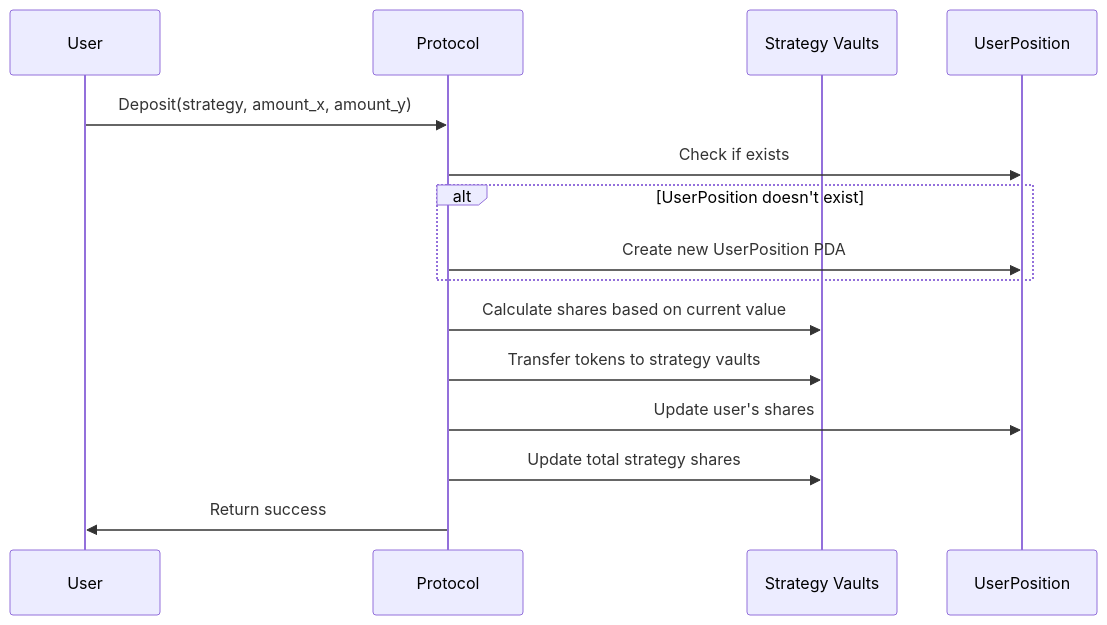
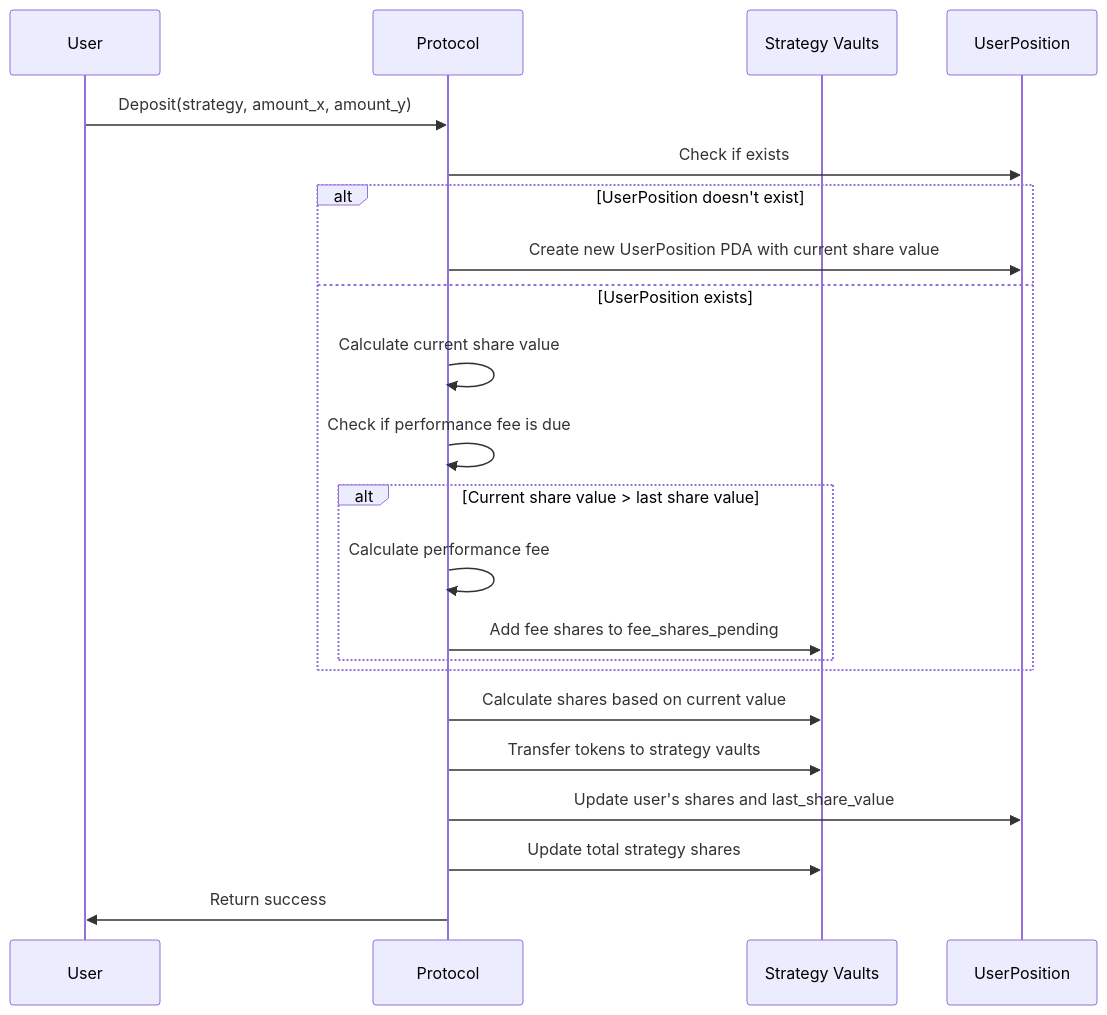
Before and after one commit to zenith-trade/maiker-contracts: the third of 8 diagrams in docs/DIAGRAMS.md, drawn with Mermaid. The commit also changed other lines of this file and 26 other files, not shown here.

````diff
--- a/docs/DIAGRAMS.md
+++ b/docs/DIAGRAMS.md
@@ -66,17 +50,24 @@
 ```mermaid
 sequenceDiagram
 participant User
 participant Protocol
 participant Strategy as Strategy Vaults
 participant UserPosition
 User->>Protocol: Deposit(strategy, amount_x, amount_y)
 Protocol->>UserPosition: Check if exists
 alt UserPosition doesn't exist
-Protocol->>UserPosition: Create new UserPosition PDA
+Protocol->>UserPosition: Create new UserPosition PDA with current share value
+else UserPosition exists
+Protocol->>Protocol: Calculate current share value
+Protocol->>Protocol: Check if performance fee is due
+alt Current share value > last share value
+Protocol->>Protocol: Calculate performance fee
+Protocol->>Strategy: Add fee shares to fee_shares_pending
+end
 end
 Protocol->>Strategy: Calculate shares based on current value
 Protocol->>Strategy: Transfer tokens to strategy vaults
-Protocol->>UserPosition: Update user's shares
+Protocol->>UserPosition: Update user's shares and last_share_value
 Protocol->>Strategy: Update total strategy shares
 Protocol->>User: Return success
 ```
````
